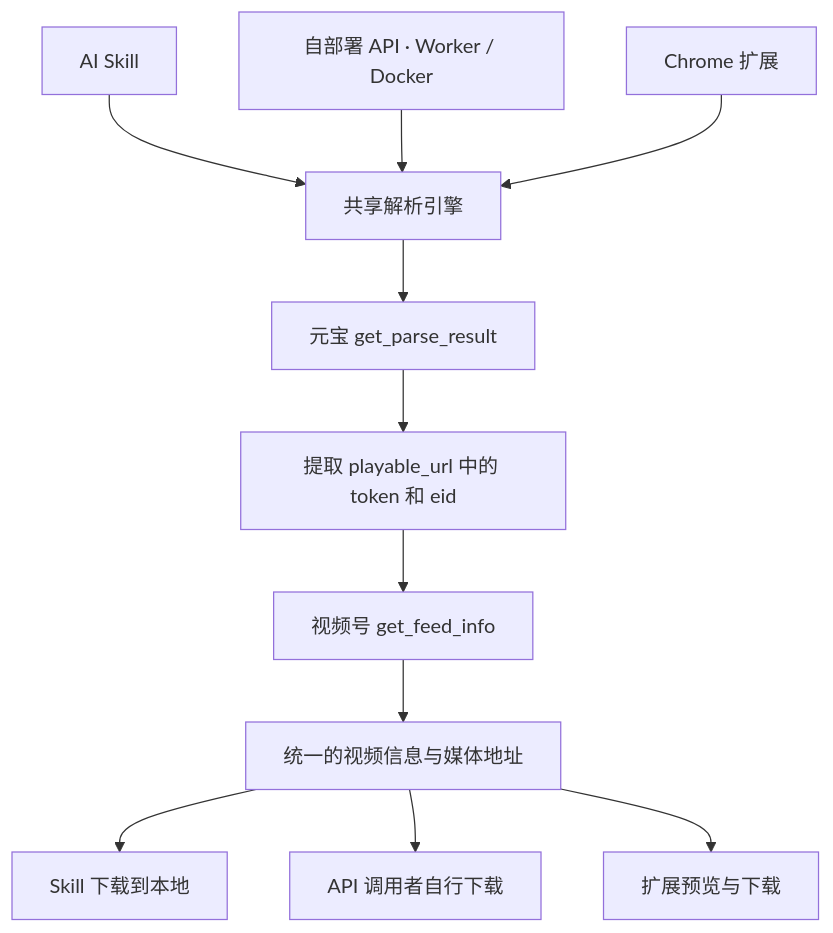
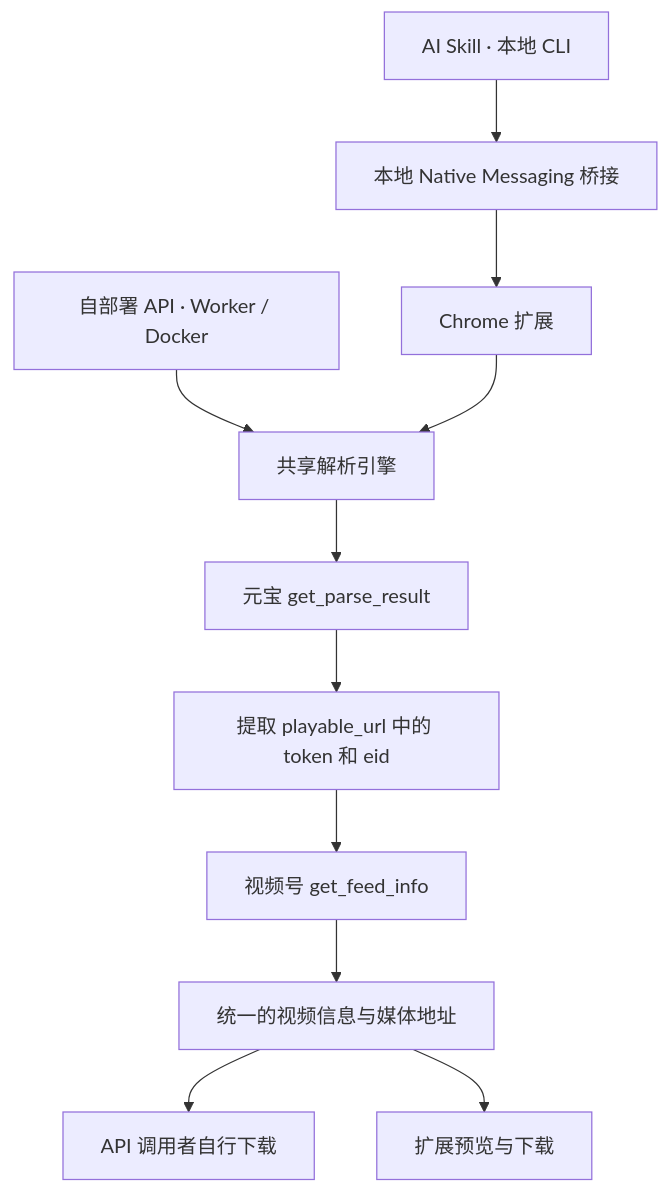
One commit to MC0571/weixin-channels-video changed the diagram in README.md. Above: the diagram before and after it, drawn with Mermaid. The commit also changed other lines of this file and 18 other files, not shown here.

Commit message:
feat(skill): 通过本地桥接调用 Chrome 扩展

````diff
--- a/README.md
+++ b/README.md
@@ -181,13 +173,13 @@
 ```mermaid
 flowchart TB
-    Skill[AI Skill] --> Core[共享解析引擎]
-    API[自部署 API · Worker / Docker] --> Core
-    Extension[Chrome 扩展] --> Core
+    Skill[AI Skill · 本地 CLI] --> Bridge[本地 Native Messaging 桥接]
+    Bridge --> Extension[Chrome 扩展]
+    API[自部署 API · Worker / Docker] --> Core[共享解析引擎]
+    Extension --> Core
     Core --> Parse[元宝 get_parse_result]
     Parse --> Params[提取 playable_url 中的 token 和 eid]
     Params --> Feed[视频号 get_feed_info]
     Feed --> Result[统一的视频信息与媒体地址]
-    Result --> Local[Skill 下载到本地]
     Result --> Client[API 调用者自行下载]
     Result --> Browser[扩展预览与下载]
 ```
````
